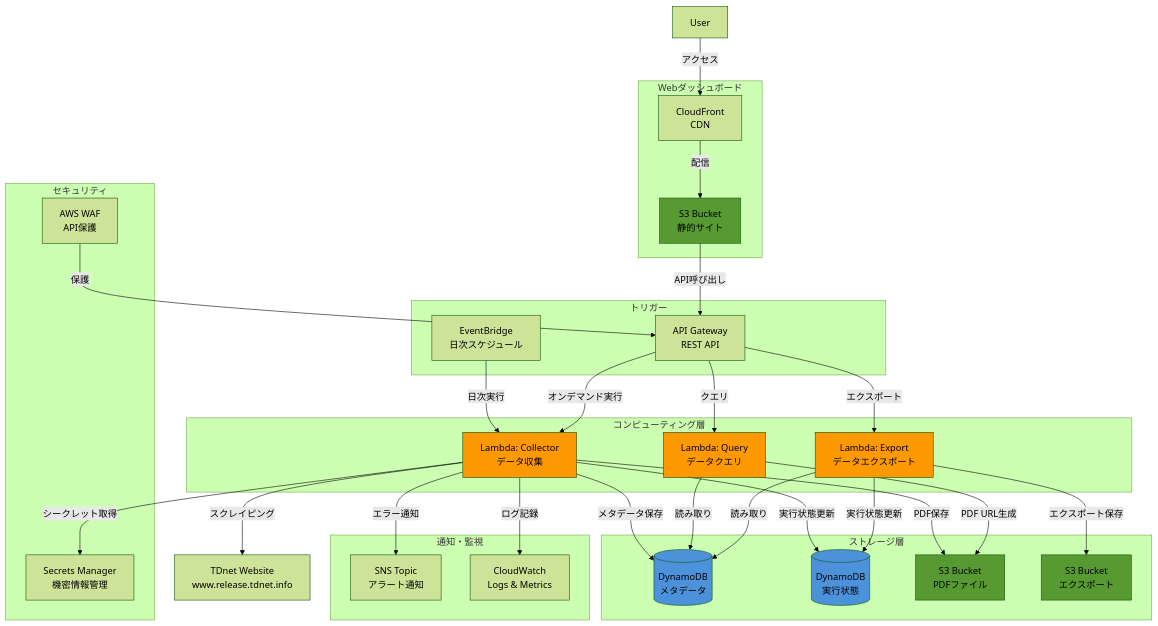
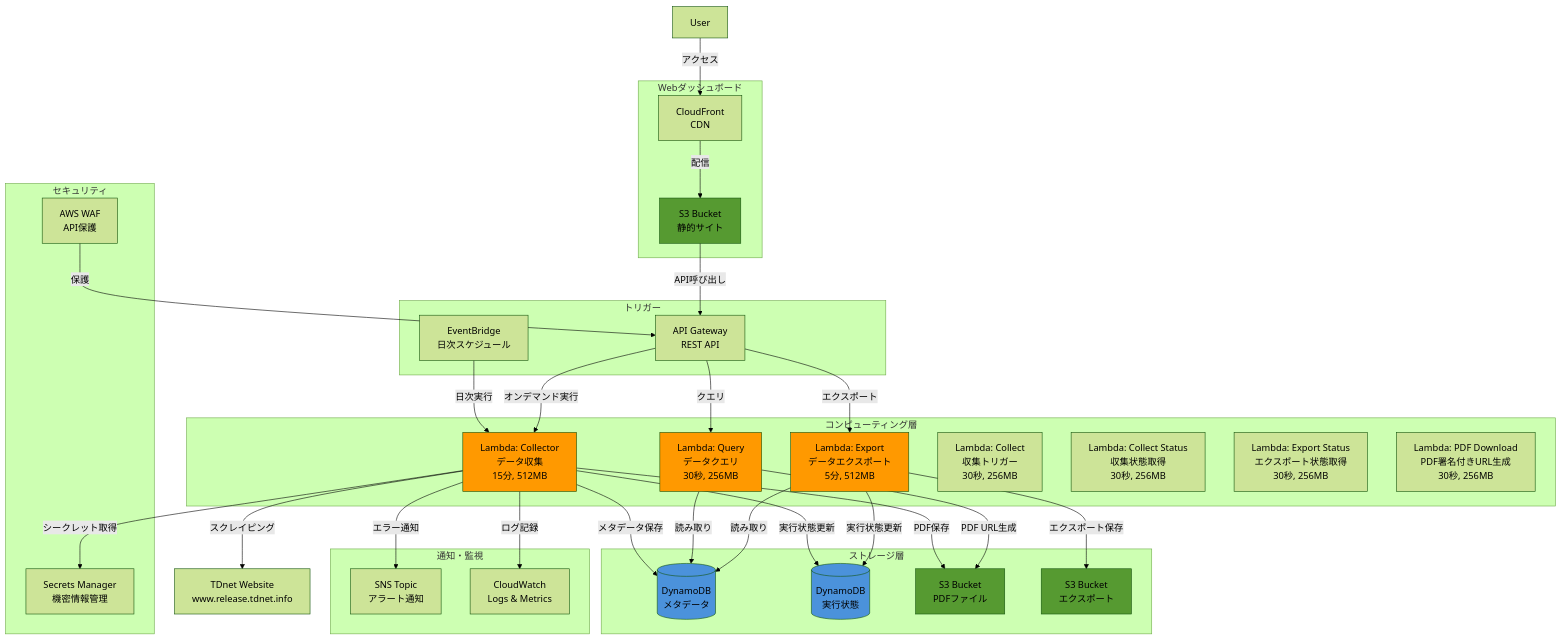
The first of 3 diagrams in .kiro/specs/tdnet-data-collector/docs/design.md (TakahiroImanishi/tdnet-data-collector), drawn with Mermaid (forest theme) before and after one commit. The commit also changed other lines of this file and 6 other files, not shown here.

````diff
--- a/.kiro/specs/tdnet-data-collector/docs/design.md
+++ b/.kiro/specs/tdnet-data-collector/docs/design.md
@@ -38,73 +38,77 @@
 ```mermaid
 graph TB
     subgraph "トリガー"
         EB[EventBridge<br/>日次スケジュール]
         API[API Gateway<br/>REST API]
     end
     
     subgraph "コンピューティング層"
-        LC[Lambda: Collector<br/>データ収集]
-        LQ[Lambda: Query<br/>データクエリ]
-        LE[Lambda: Export<br/>データエクスポート]
+        LC[Lambda: Collector<br/>データ収集<br/>15分, 512MB]
+        LQ[Lambda: Query<br/>データクエリ<br/>30秒, 256MB]
+        LE[Lambda: Export<br/>データエクスポート<br/>5分, 512MB]
+        LCT[Lambda: Collect<br/>収集トリガー<br/>30秒, 256MB]
+        LCS[Lambda: Collect Status<br/>収集状態取得<br/>30秒, 256MB]
+        LES[Lambda: Export Status<br/>エクスポート状態取得<br/>30秒, 256MB]
+        LPD[Lambda: PDF Download<br/>PDF署名付きURL生成<br/>30秒, 256MB]
     end
     
     subgraph "ストレージ層"
         DDB[(DynamoDB<br/>メタデータ)]
         DDBEX[(DynamoDB<br/>実行状態)]
         S3P[S3 Bucket<br/>PDFファイル]
         S3E[S3 Bucket<br/>エクスポート]
     end
     
     subgraph "通知・監視"
         SNS[SNS Topic<br/>アラート通知]
         CW[CloudWatch<br/>Logs & Metrics]
     end
     
     subgraph "Webダッシュボード"
         S3W[S3 Bucket<br/>静的サイト]
         CF[CloudFront<br/>CDN]
     end
     
     subgraph "セキュリティ"
         WAF[AWS WAF<br/>API保護]
         SM[Secrets Manager<br/>機密情報管理]
     end
     
     TDNET[TDnet Website<br/>www.release.tdnet.info]
     USER[User]
     
     EB -->|日次実行| LC
     API -->|オンデマンド実行| LC
     API -->|クエリ| LQ
     API -->|エクスポート| LE
     
     WAF -->|保護| API
     
     LC -->|スクレイピング| TDNET
     LC -->|メタデータ保存| DDB
     LC -->|実行状態更新| DDBEX
     LC -->|PDF保存| S3P
     LC -->|エラー通知| SNS
     LC -->|ログ記録| CW
     LC -->|シークレット取得| SM
     
     LQ -->|読み取り| DDB
     LQ -->|PDF URL生成| S3P
     
     LE -->|読み取り| DDB
     LE -->|エクスポート保存| S3E
     LE -->|実行状態更新| DDBEX
     
     USER -->|アクセス| CF
     CF -->|配信| S3W
     S3W -->|API呼び出し| API
     
     style LC fill:#FF9900
     style LQ fill:#FF9900
     style LE fill:#FF9900
     style DDB fill:#4B92DB
     style DDBEX fill:#4B92DB
     style S3P fill:#569A31
     style S3E fill:#569A31
     style S3W fill:#569A31
 ```
````
